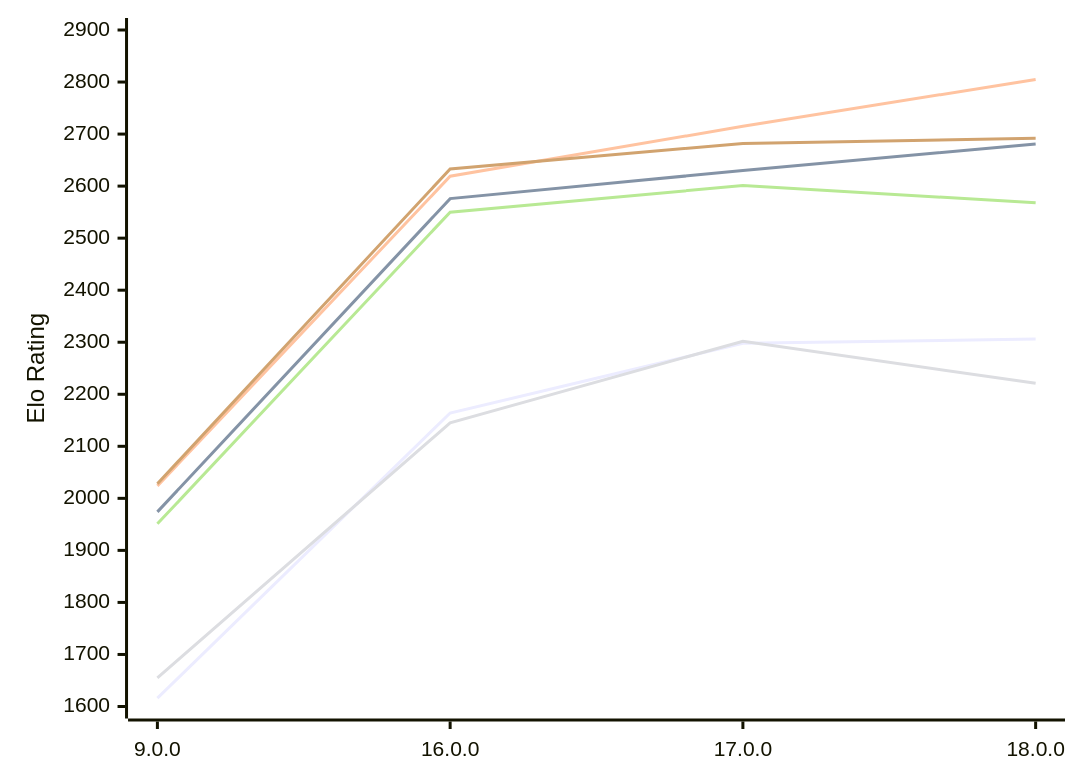
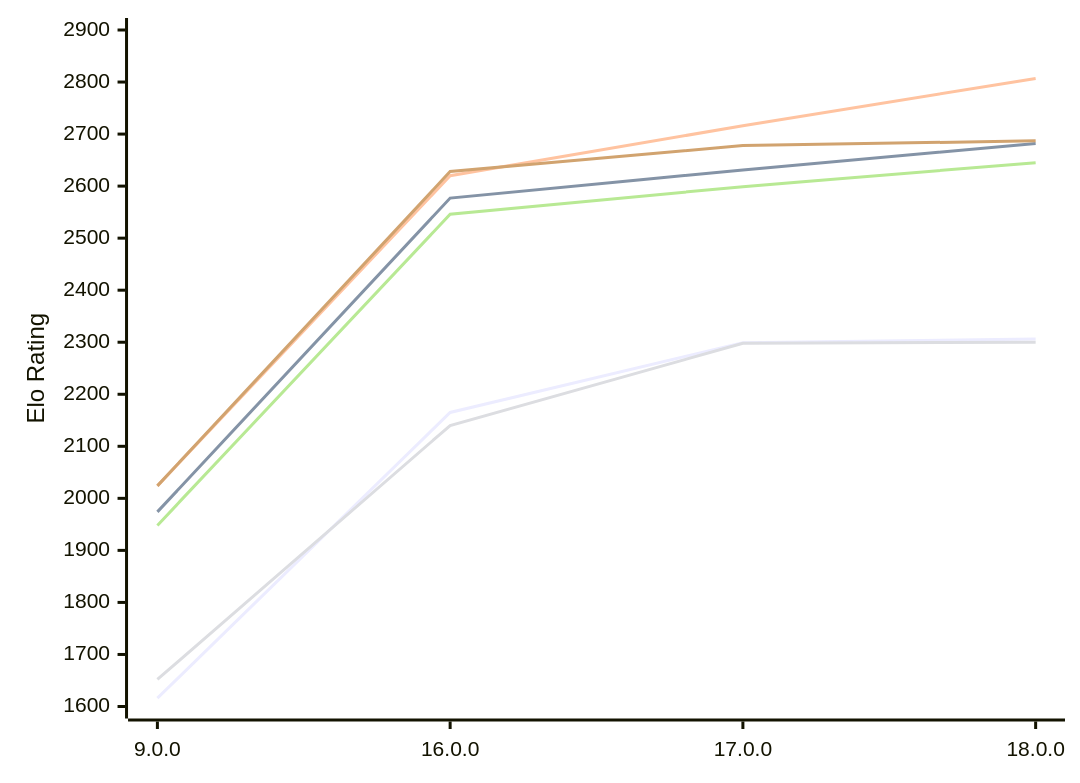
One commit to computer-chess-index/cci changed the first of 2 diagrams in engines/Cepimetheus.md. Above: the diagram before and after it, drawn with Mermaid. The commit also changed other lines of this file, not shown here.

Commit message:
Update CCI Ratings (ELO VLTC) - 2026-11-22

````diff
--- a/engines/Cepimetheus.md
+++ b/engines/Cepimetheus.md
@@ -66,12 +66,12 @@
 ```mermaid
 %%{init: {"theme":"base","themeVariables":{"seriesColors:['#a3a3a3','#222221','#faa371']}}}%%
 xychart-beta
   x-axis ["9.0.0", "16.0.0", "17.0.0", "18.0.0"]
   y-axis "Elo Rating" 1600 --> 2900
-  line "E1: STC (8.0+0.08s)" [1616, 2164, 2298, 2306]
-  line "E1: LTC (60.0+0.60s)" [1974, 2576, 2630, 2681]
-  line "E1: VLTC (2m24s+1.12s)" [2024, 2619, 2715, 2805]
-  line "P1: STC (8.0+0.08s)" [1655, 2145, 2302, 2221]
-  line "P1: LTC (60.0+0.60s)" [1951, 2550, 2601, 2568]
-  line "P1: VLTC (2m24s+1.12s)" [2028, 2633, 2682, 2692]
+  line "E1: STC (8.0+0.08s)" [1616, 2165, 2299, 2306]
+  line "E1: LTC (60.0+0.60s)" [1974, 2577, 2631, 2682]
+  line "E1: VLTC (2m24s+1.12s)" [2024, 2620, 2716, 2807]
+  line "P1: STC (8.0+0.08s)" [1652, 2140, 2298, 2300]
+  line "P1: LTC (60.0+0.60s)" [1948, 2546, 2599, 2645]
+  line "P1: VLTC (2m24s+1.12s)" [2024, 2628, 2678, 2687]
 ```
````
